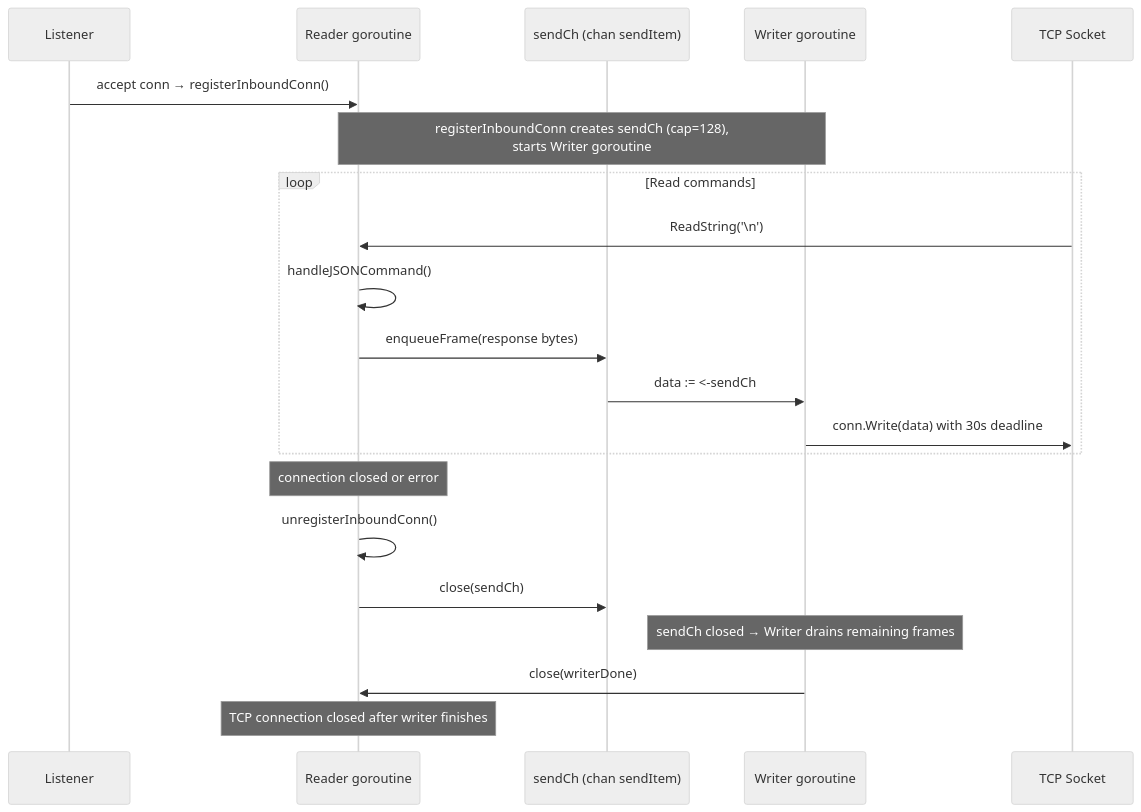
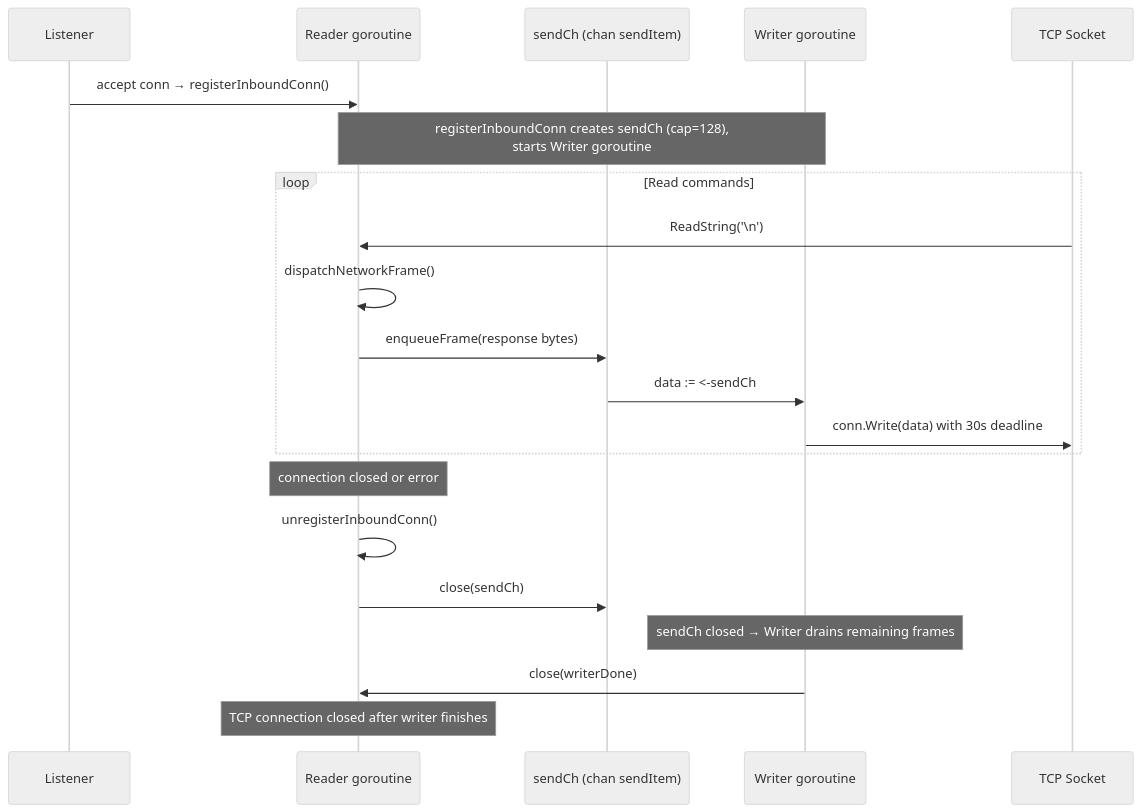
One commit to piratecash/corsa changed the eighth of 18 diagrams in docs/mesh.md. Above: the diagram before and after it, drawn with Mermaid (neutral theme). The commit also changed other lines of this file and 3 other files, not shown here.

Commit message:
refactor(node): align docs and test names with dispatchNetworkFrame / dispatchPeerSessionFrame rename

````diff
--- a/docs/mesh.md
+++ b/docs/mesh.md
@@ -514,26 +514,26 @@
 ```mermaid
 sequenceDiagram
     participant Listener
     participant Reader as Reader goroutine
     participant SendCh as sendCh (chan sendItem)
     participant Writer as Writer goroutine
     participant Socket as TCP Socket
 
     Listener->>Reader: accept conn → registerInboundConn()
     Note over Reader,Writer: registerInboundConn creates sendCh (cap=128),<br/>starts Writer goroutine
 
     loop Read commands
         Socket->>Reader: ReadString('\n')
-        Reader->>Reader: handleJSONCommand()
+        Reader->>Reader: dispatchNetworkFrame()
         Reader->>SendCh: enqueueFrame(response bytes)
         SendCh->>Writer: data := <-sendCh
         Writer->>Socket: conn.Write(data) with 30s deadline
     end
 
     Note over Reader: connection closed or error
     Reader->>Reader: unregisterInboundConn()
     Reader->>SendCh: close(sendCh)
     Note over Writer: sendCh closed → Writer drains remaining frames
     Writer->>Reader: close(writerDone)
     Note over Reader: TCP connection closed after writer finishes
 ```
````
